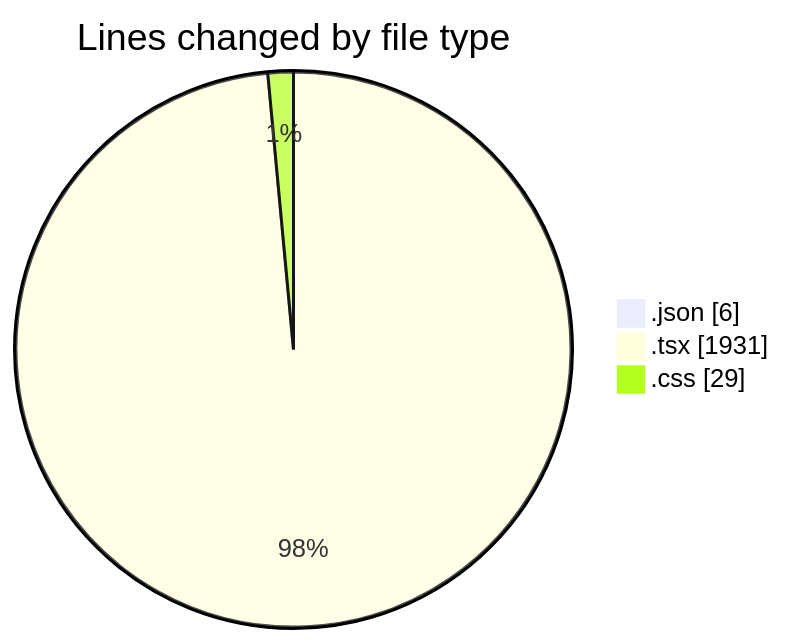
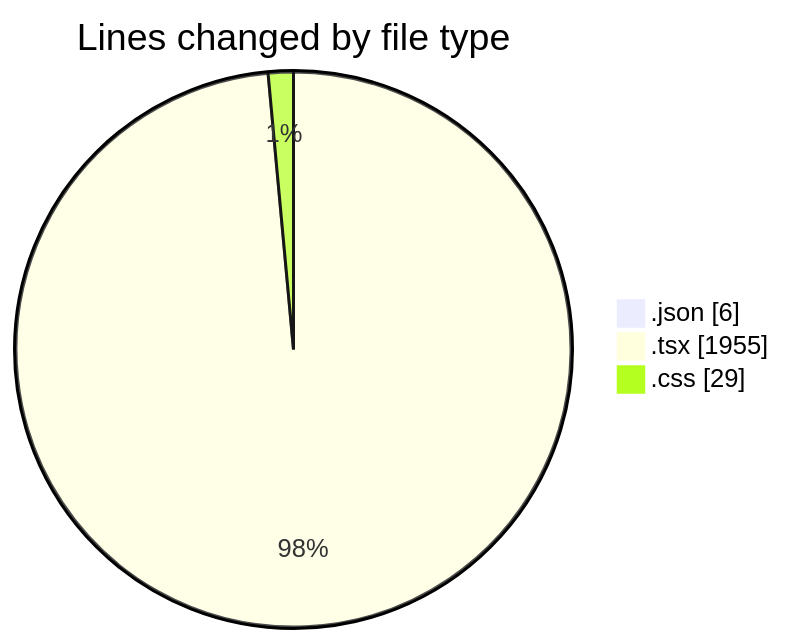
The first of 2 diagrams in 2025-04-07/sungpt/README.md (Elitesun/code-tracking), drawn with Mermaid before and after one commit. The commit also changed other lines of this file and 1 other file, not shown here.

````diff
--- a/2025-04-07/sungpt/README.md
+++ b/2025-04-07/sungpt/README.md
@@ -28,7 +29,7 @@
 ```mermaid
 pie showData
 title Lines changed by file type
 ".json" : 6
-".tsx" : 1931
+".tsx" : 1955
 ".css" : 29
 ```
````
